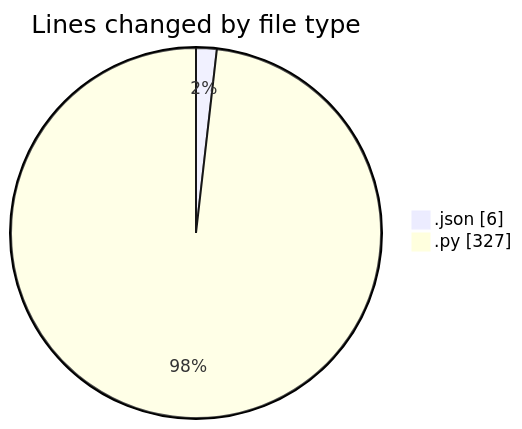
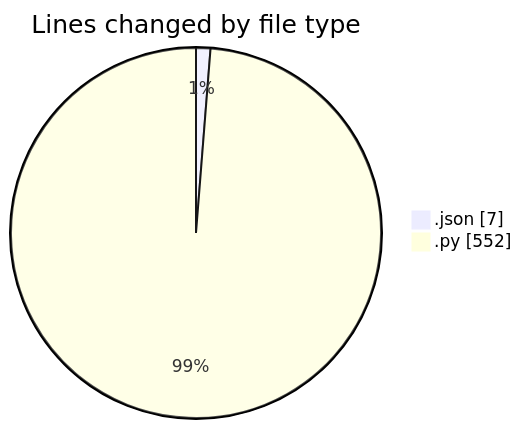
Before and after one commit to MatusMokan/code-tracking: the first of 2 diagrams in 2025-02-18/myws__workspace_/README.md, drawn with Mermaid. The commit also changed other lines of this file and 1 other file, not shown here.

````diff
--- a/2025-02-18/myws__workspace_/README.md
+++ b/2025-02-18/myws__workspace_/README.md
@@ -21,6 +24,6 @@
 ```mermaid
 pie showData
 title Lines changed by file type
-".json" : 6
-".py" : 327
+".json" : 7
+".py" : 552
 ```
````
